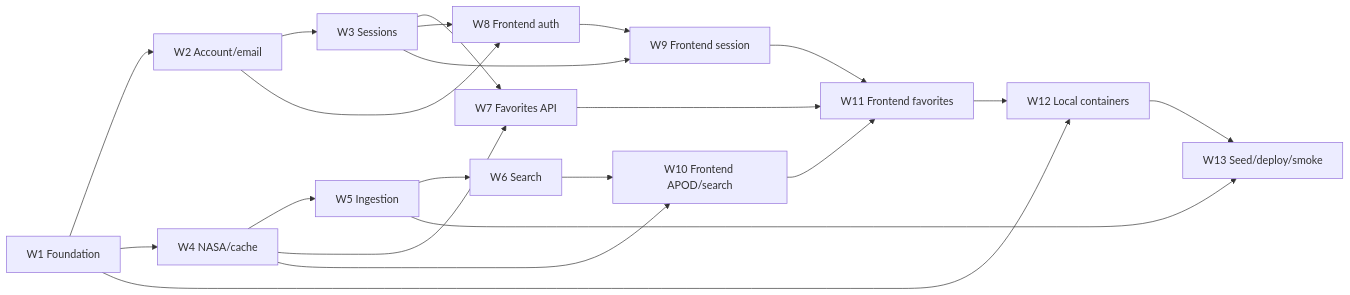
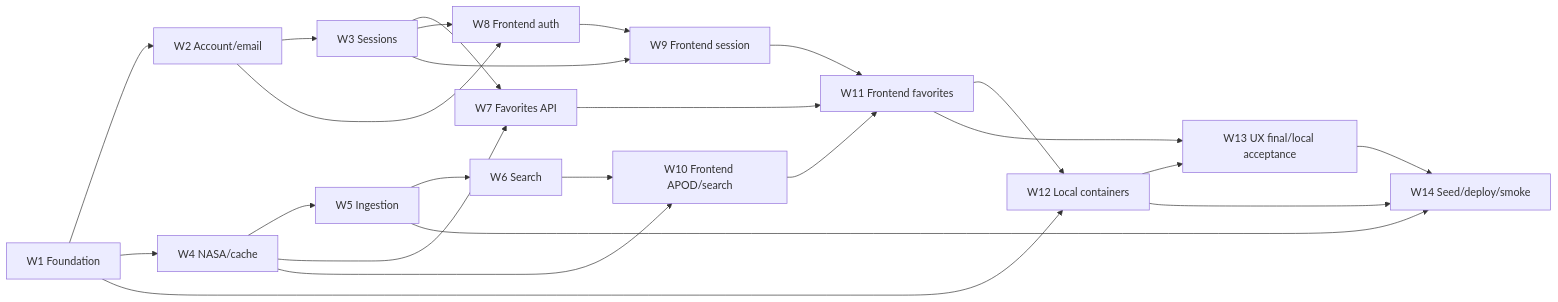
The ninth of 10 diagrams in docs/architecture/p3-flow-overview.md (VCinthia/Astronomy-Picture-Explorer), drawn with Mermaid before and after one commit. The commit also changed other lines of this file and 12 other files, not shown here.

First line of the commit message:
docs: add final UX acceptance wave

````diff
--- a/docs/architecture/p3-flow-overview.md
+++ b/docs/architecture/p3-flow-overview.md
@@ -391,19 +411,22 @@
 ```mermaid
 flowchart LR
     W1["W1 Foundation"] --> W2["W2 Account/email"] --> W3["W3 Sessions"]
     W1 --> W4["W4 NASA/cache"] --> W5["W5 Ingestion"] --> W6["W6 Search"]
     W3 --> W7["W7 Favorites API"]
     W4 --> W7
     W2 --> W8["W8 Frontend auth"]
     W3 --> W8 --> W9["W9 Frontend session"]
     W3 --> W9
     W4 --> W10["W10 Frontend APOD/search"]
     W6 --> W10
     W7 --> W11["W11 Frontend favorites"]
     W9 --> W11
     W10 --> W11
     W1 --> W12["W12 Local containers"]
     W11 --> W12
-    W5 --> W13["W13 Seed/deploy/smoke"]
+    W11 --> W13["W13 UX final/local acceptance"]
     W12 --> W13
+    W5 --> W14["W14 Seed/deploy/smoke"]
+    W12 --> W14
+    W13 --> W14
 ```
````
